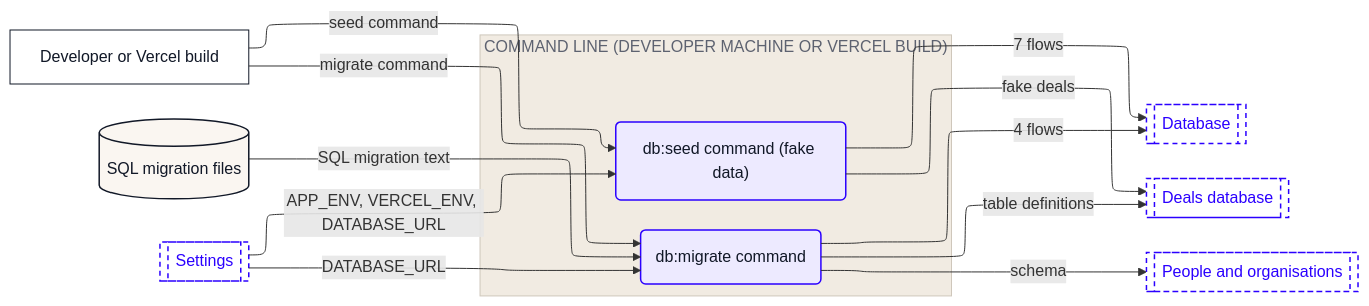
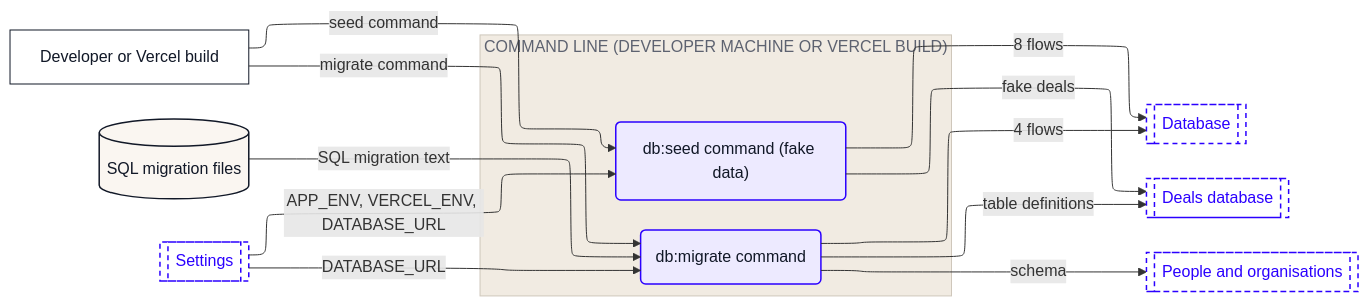
One commit to Romain-Perche/Barnacle-Pipe changed the fourth of 11 diagrams in dataflow/DATAFLOW.md. Above: the diagram before and after it, drawn with Mermaid. The commit also changed other lines of this file and 10 other files, not shown here.

````diff
--- a/dataflow/DATAFLOW.md
+++ b/dataflow/DATAFLOW.md
@@ -226,38 +255,38 @@
 ```mermaid
 ---
 config:
   layout: elk
 ---
 flowchart LR
     n1["Developer or Vercel build"]
     n2[("SQL migration files")]
     subgraph z1["COMMAND LINE (DEVELOPER MACHINE OR VERCEL BUILD)"]
         n3("db:migrate command")
         n4("db:seed command (fake data)")
     end
     n5[["Database"]]
     n6[["Deals database"]]
     n7[["People and organisations"]]
     n8[["Settings"]]
     n1 -->|"migrate command"| n3
     n1 -->|"seed command"| n4
     n8 -->|"DATABASE_URL"| n3
     n8 -->|"APP_ENV, VERCEL_ENV, DATABASE_URL"| n4
     n3 -->|"4 flows"| n5
     n3 -->|"table definitions"| n6
     n3 -->|"schema"| n7
     n2 -->|"SQL migration text"| n3
-    n4 -->|"7 flows"| n5
+    n4 -->|"8 flows"| n5
     n4 -->|"fake deals"| n6
     classDef actor fill:#FFFFFF,stroke:#111827,stroke-width:1px,color:#111827
     classDef process fill:#EDEAFF,stroke:#2B00FF,stroke-width:1.5px,color:#111827
     classDef store fill:#FAF6F1,stroke:#111827,stroke-width:1.5px,color:#111827
     classDef zone fill:#1A1A1A,stroke:#1A1A1A,color:#FFFFFF
     classDef group fill:#2B00FF,stroke:#2B00FF,color:#FFFFFF
     classDef stub fill:#FFFFFF,stroke:#2B00FF,stroke-width:1.5px,stroke-dasharray:5 4,color:#2B00FF
     class n1 actor
     class n3,n4 process
     class n2 store
     class n5,n6,n7,n8 stub
     style z1 fill:#F1EBE2,stroke:#CFC7BB,color:#5D6270
 ```
````
